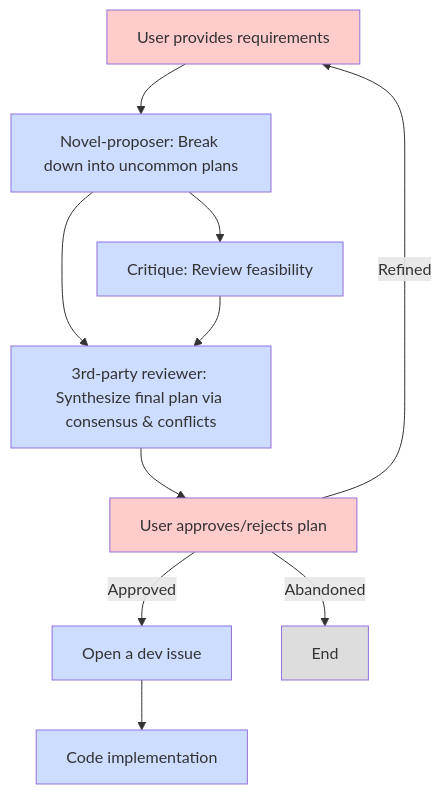
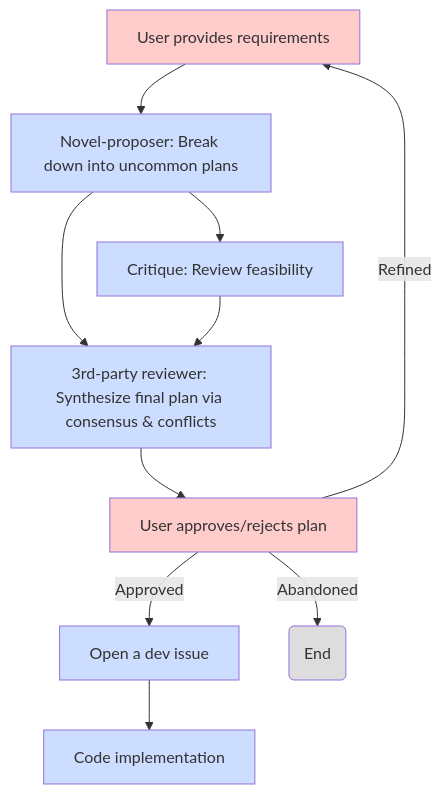
The first of 2 diagrams in README.md (Tonny-Gu/agentize), drawn with Mermaid before and after one commit. The commit also changed other lines of this file and 4 other files, not shown here.

````diff
--- a/README.md
+++ b/README.md
@@ -37,21 +40,21 @@
 ```mermaid
 graph TD
     A[User provides requirements] --> B[Novel-proposer agent]
     B[Novel-proposer: Break down into uncommon plans] --> D[Synthesis agent]
     B --> C[Critique agent]
     C[Critique: Review feasibility] --> D
     D[3rd-party reviewer: Synthesize final plan via consensus & conflicts] --> E[User approves/rejects plan]
     E -->|Approved| F[Create Github Issue]
     E -->|Refined| A
-    E -->|Abandoned| Z[End]
+    E -->|Abandoned| Z(End)
     F[Open a dev issue] --> G[Code implementation]
 
     style A fill:#ffcccc
     style E fill:#ffcccc
     style B fill:#ccddff
     style C fill:#ccddff
     style D fill:#ccddff
     style F fill:#ccddff
     style G fill:#ccddff
     style Z fill:#dddddd
 ```
````
